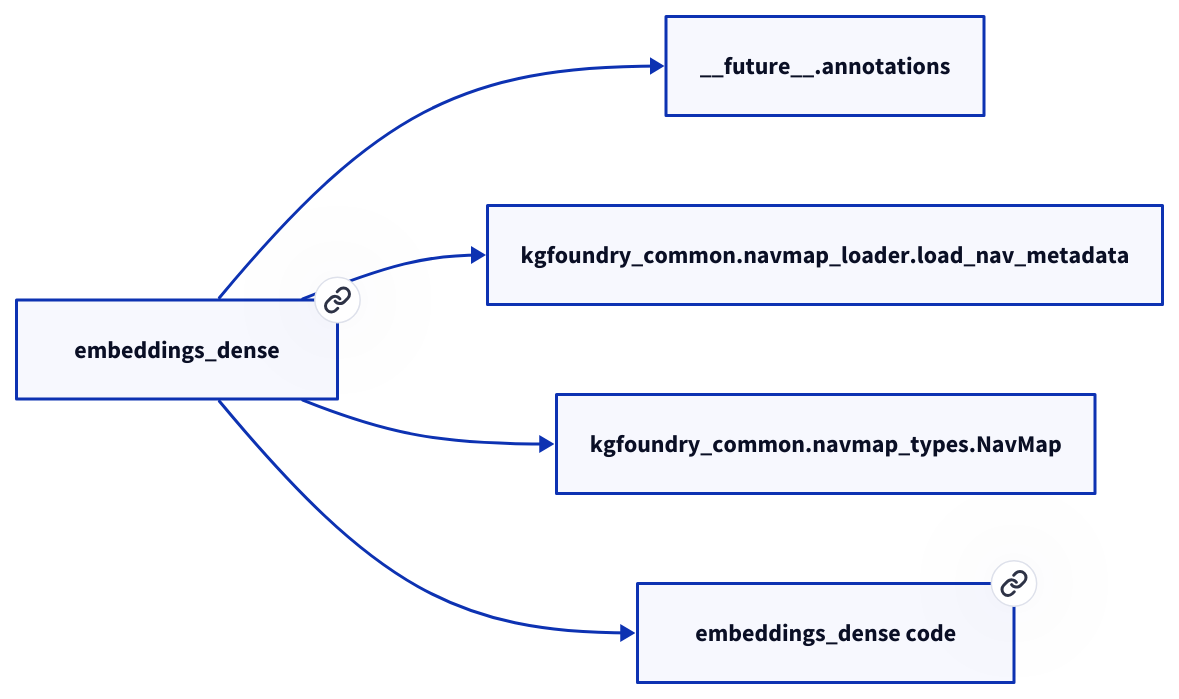
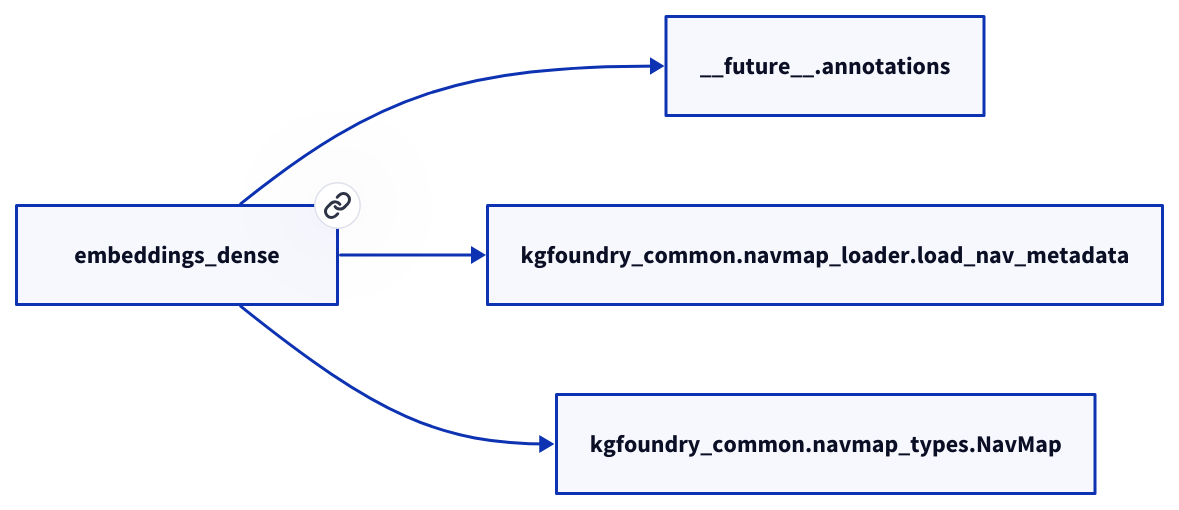
Before and after one commit to paul-heyse/kgforge: the diagram in docs/modules/embeddings_dense.md, drawn with D2. The commit also changed other lines of this file and 118 other files, not shown here.

````diff
--- a/docs/modules/embeddings_dense.md
+++ b/docs/modules/embeddings_dense.md
@@ -17,12 +15,10 @@
 ```d2
 direction: right
-"embeddings_dense": "embeddings_dense" { link: "./embeddings_dense.md" }
+"embeddings_dense": "embeddings_dense" { link: "embeddings_dense.md" }
 "__future__.annotations": "__future__.annotations"
 "embeddings_dense" -> "__future__.annotations"
 "kgfoundry_common.navmap_loader.load_nav_metadata": "kgfoundry_common.navmap_loader.load_nav_metadata"
 "embeddings_dense" -> "kgfoundry_common.navmap_loader.load_nav_metadata"
 "kgfoundry_common.navmap_types.NavMap": "kgfoundry_common.navmap_types.NavMap"
 "embeddings_dense" -> "kgfoundry_common.navmap_types.NavMap"
-"embeddings_dense_code": "embeddings_dense code" { link: "https://github.com/kgfoundry/kgfoundry/blob/main/src/embeddings_dense/__init__.py" }
-"embeddings_dense" -> "embeddings_dense_code" { style: dashed }
 ```
````
